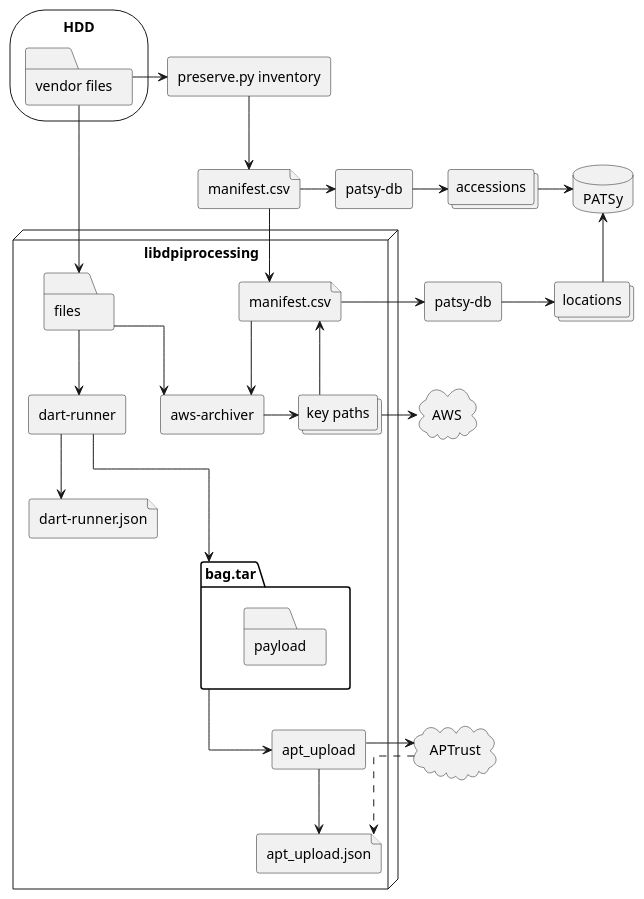
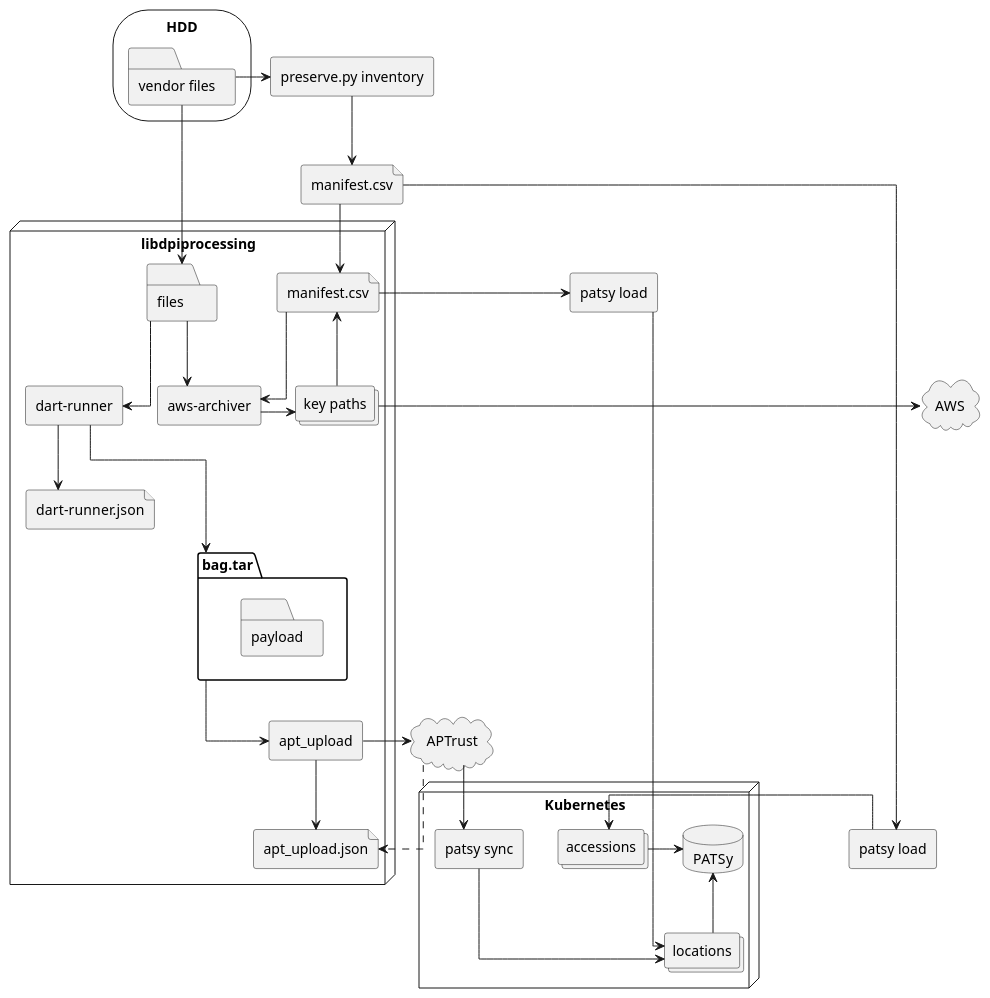
Before and after one commit to umd-lib/digital-preservation-toolkit: the diagram in docs/process.puml, drawn with PlantUML. The commit also changed 3 other files, not shown here.

```diff
--- a/docs/process.puml
+++ b/docs/process.puml
@@ -1,55 +1,61 @@
 @startuml Digital Preservation Process
 skinparam linetype ortho
 
 storage HDD {
     folder vendorfiles as "vendor files"
 }
 rectangle inventory as "preserve.py inventory"
 file inventory.csv as "manifest.csv"
-collections accessions
-collections locations
-rectangle patsydb as "patsy-db"
-rectangle patsydbdeposit as "patsy-db"
-database PATSy
+
+rectangle patsydb as "patsy load"
+rectangle patsydbdeposit as "patsy load"
+node Kubernetes {
+    database PATSy
+    collections accessions
+    collections locations
+    rectangle patsyaptrust as "patsy sync"
+}
 node libdpiprocessing {
     folder files
     file manifest.csv
     rectangle awsarchiver as "aws-archiver"
     rectangle DART as "dart-runner"
     collections keypaths as "key paths"
     package bag.tar {
         folder payload
     }
     rectangle apt_upload
     file dartrunner_json as "dart-runner.json"
     file apt_upload_json as "apt_upload.json"
 }
 cloud AWS
 cloud APTrust
 
 inventory.csv --> manifest.csv
 vendorfiles --> files
 
 vendorfiles -> inventory
 inventory --> inventory.csv
 inventory.csv -> patsydb
 patsydb -> accessions
 accessions -> PATSy
+APTrust --> patsyaptrust
+patsyaptrust --> locations
 
 files --> awsarchiver
 manifest.csv --> awsarchiver
 awsarchiver -> keypaths
 keypaths -> AWS
 manifest.csv <-- keypaths
 manifest.csv -> patsydbdeposit
 patsydbdeposit -> locations
 PATSy <-- locations
 
 files --> DART
 DART ---> bag.tar
 bag.tar --> apt_upload
 apt_upload -> APTrust
 APTrust ..> apt_upload_json
 apt_upload --> apt_upload_json
 DART --> dartrunner_json
 @enduml
```
